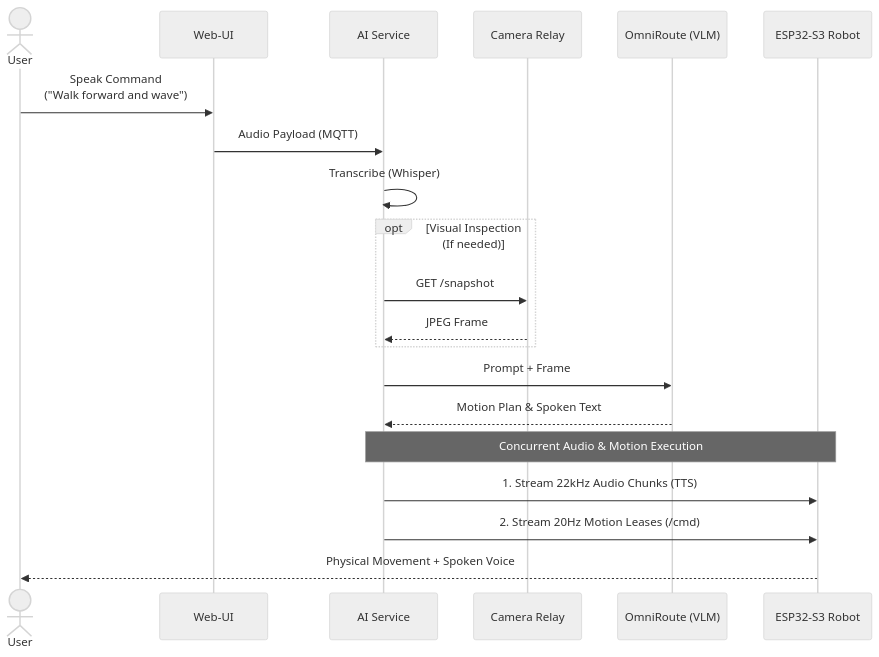
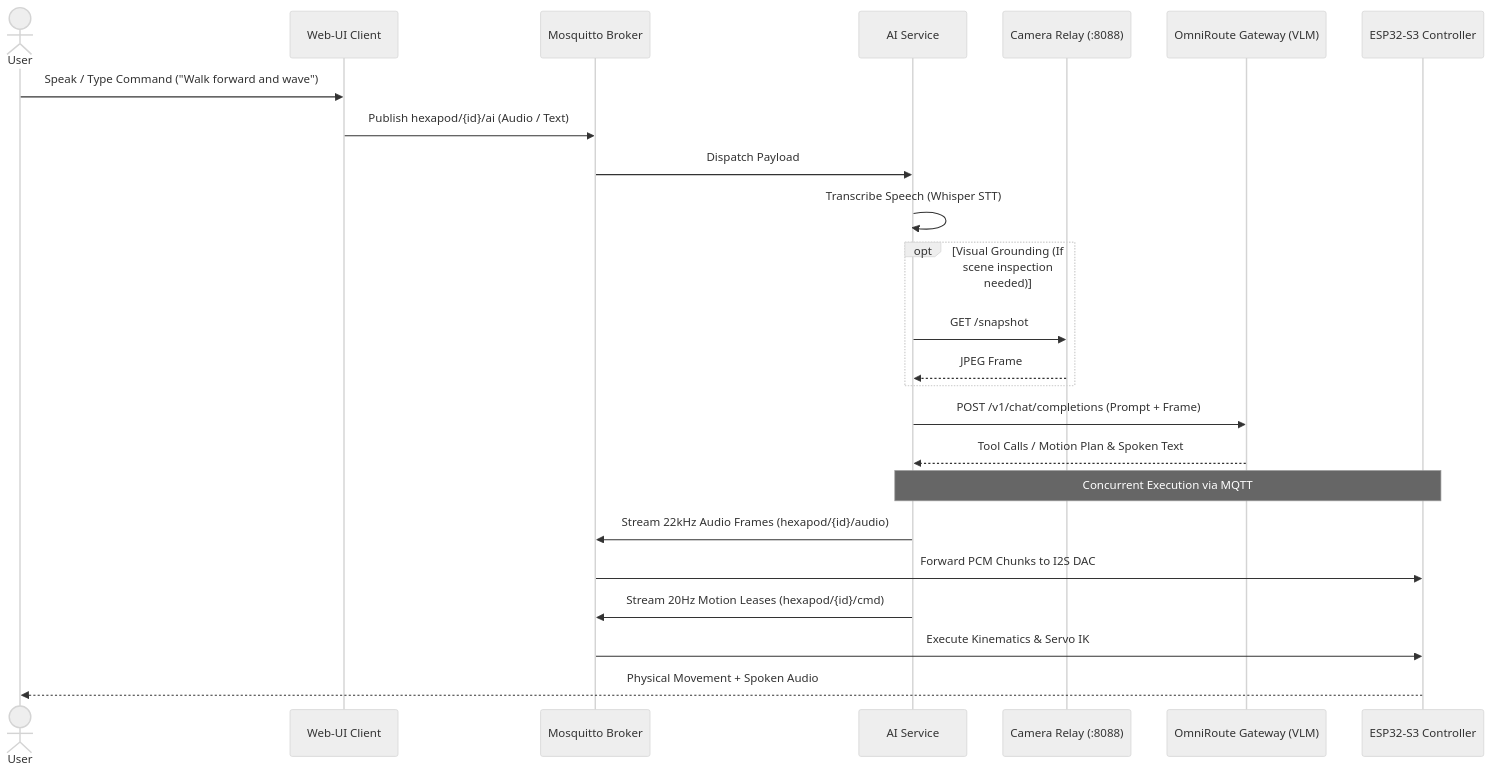
One commit to GrrGrrMan/spiderbot-pi-hub changed the second of 3 diagrams in README.md. Above: the diagram before and after it, drawn with Mermaid (neutral theme). The commit also changed other lines of this file, not shown here.

````diff
--- a/README.md
+++ b/README.md
@@ -76,26 +76,30 @@
 ```mermaid
 sequenceDiagram
     actor User
-    participant UI as Web-UI
+    participant UI as Web-UI Client
+    participant MQTT as Mosquitto Broker
     participant AI as AI Service
-    participant CAM as Camera Relay
-    participant LLM as OmniRoute (VLM)
-    participant S3 as ESP32-S3 Robot
+    participant CAM_RELAY as Camera Relay (:8088)
+    participant OMNI as OmniRoute Gateway (VLM)
+    participant S3 as ESP32-S3 Controller
 
-    User->>UI: Speak Command<br/>("Walk forward and wave")
-    UI->>AI: Audio Payload (MQTT)
-    AI->>AI: Transcribe (Whisper)
+    User->>UI: Speak / Type Command ("Walk forward and wave")
+    UI->>MQTT: Publish hexapod/{id}/ai (Audio / Text)
+    MQTT->>AI: Dispatch Payload
+    AI->>AI: Transcribe Speech (Whisper STT)
 
-    opt Visual Inspection (If needed)
-        AI->>CAM: GET /snapshot
-        CAM-->>AI: JPEG Frame
+    opt Visual Grounding (If scene inspection needed)
+        AI->>CAM_RELAY: GET /snapshot
+        CAM_RELAY-->>AI: JPEG Frame
     end
 
-    AI->>LLM: Prompt + Frame
-    LLM-->>AI: Motion Plan & Spoken Text
+    AI->>OMNI: POST /v1/chat/completions (Prompt + Frame)
+    OMNI-->>AI: Tool Calls / Motion Plan & Spoken Text
 
-    Note over AI,S3: Concurrent Audio & Motion Execution
-    AI->>S3: 1. Stream 22kHz Audio Chunks (TTS)
-    AI->>S3: 2. Stream 20Hz Motion Leases (/cmd)
-    S3-->>User: Physical Movement + Spoken Voice
+    Note over AI,S3: Concurrent Execution via MQTT
+    AI->>MQTT: Stream 22kHz Audio Frames (hexapod/{id}/audio)
+    MQTT->>S3: Forward PCM Chunks to I2S DAC
+    AI->>MQTT: Stream 20Hz Motion Leases (hexapod/{id}/cmd)
+    MQTT->>S3: Execute Kinematics & Servo IK
+    S3-->>User: Physical Movement + Spoken Audio
 ```
````
